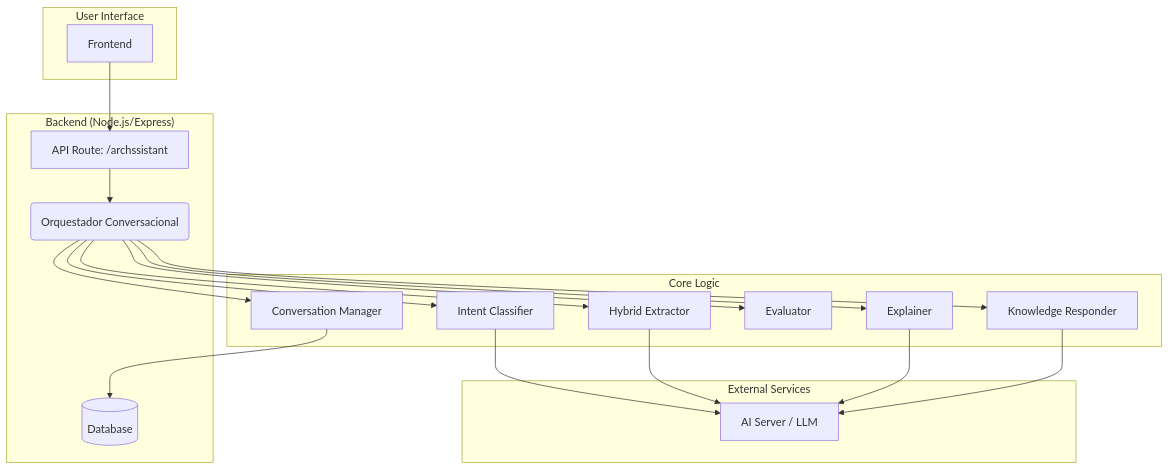
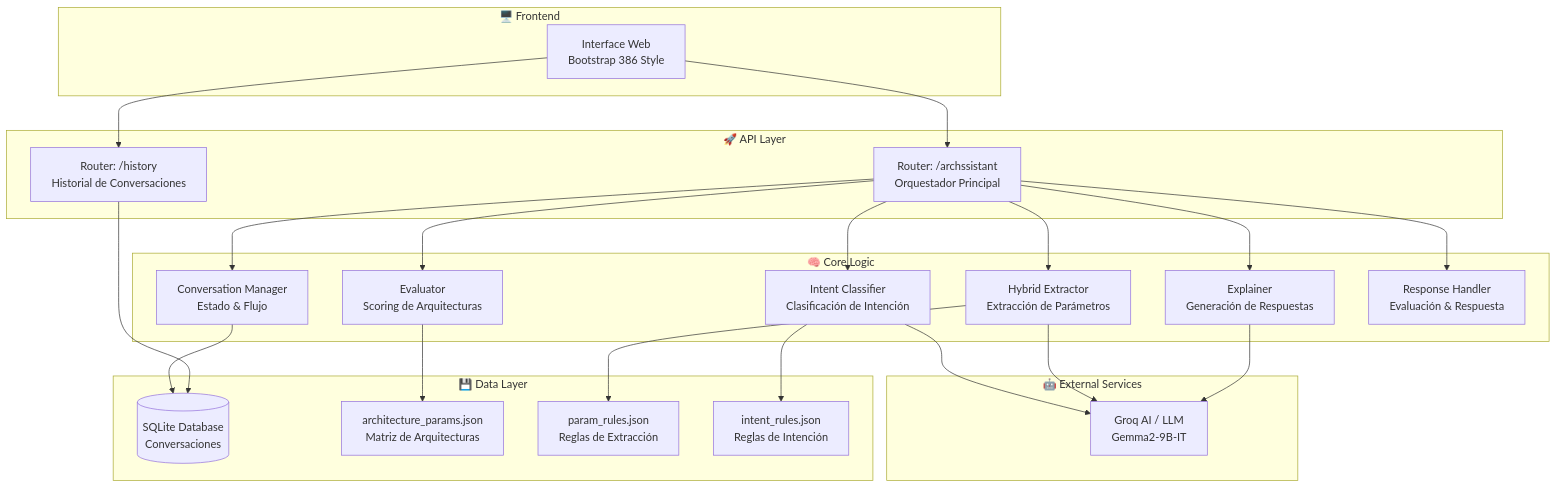
The first of 6 diagrams in README.md (spuentesp/archssistant), drawn with Mermaid before and after one commit. The commit also changed other lines of this file, not shown here.

Commit message:
docs: Update README to enhance clarity on system architecture and conversation management

````diff
--- a/README.md
+++ b/README.md
@@ -17,42 +16,51 @@
 ```mermaid
 graph TD
-    subgraph "User Interface"
-        UI[Frontend]
+    subgraph "🖥️ Frontend"
+        UI[Interface Web<br/>Bootstrap 386 Style]
     end
 
-    subgraph "Backend (Node.js/Express)"
-        API[API Route: /archssistant]
-        Orchestrator(Orquestador Conversacional)
-        DB[(Database)]
+    subgraph "🚀 API Layer"
+        API[Router: /archssistant<br/>Orquestador Principal]
+        HIST[Router: /history<br/>Historial de Conversaciones]
     end
 
-    subgraph "Core Logic"
-        CM[Conversation Manager]
-        IC[Intent Classifier]
-        HE[Hybrid Extractor]
-        EV[Evaluator]
-        EX[Explainer]
-        KR[Knowledge Responder]
+    subgraph "🧠 Core Logic"
+        CM[Conversation Manager<br/>Estado & Flujo]
+        IC[Intent Classifier<br/>Clasificación de Intención]
+        HE[Hybrid Extractor<br/>Extracción de Parámetros]
+        EV[Evaluator<br/>Scoring de Arquitecturas]
+        EX[Explainer<br/>Generación de Respuestas]
+        RH[Response Handler<br/>Evaluación & Respuesta]
     end
     
-    subgraph "External Services"
-        LLM[AI Server / LLM]
+    subgraph "💾 Data Layer"
+        DB[(SQLite Database<br/>Conversaciones)]
+        ARCH[architecture_params.json<br/>Matriz de Arquitecturas]
+        PARAM[param_rules.json<br/>Reglas de Extracción]
+        INTENT[intent_rules.json<br/>Reglas de Intención]
+    end
+    
+    subgraph "🤖 External Services"
+        LLM[Groq AI / LLM<br/>Gemma2-9B-IT]
     end
 
     UI --> API
-    API --> Orchestrator
-    
-    Orchestrator --> CM
-    Orchestrator --> IC
-    Orchestrator --> HE
-    Orchestrator --> EV
-    Orchestrator --> EX
-    Orchestrator --> KR
+    UI --> HIST
+    API --> CM
+    API --> IC
+    API --> HE
+    API --> EV
+    API --> EX
+    API --> RH
     
     IC --> LLM
     HE --> LLM
     EX --> LLM
-    KR --> LLM
 
     CM --> DB
+    EV --> ARCH
+    HE --> PARAM
+    IC --> INTENT
+    
+    HIST --> DB
 ```
````
